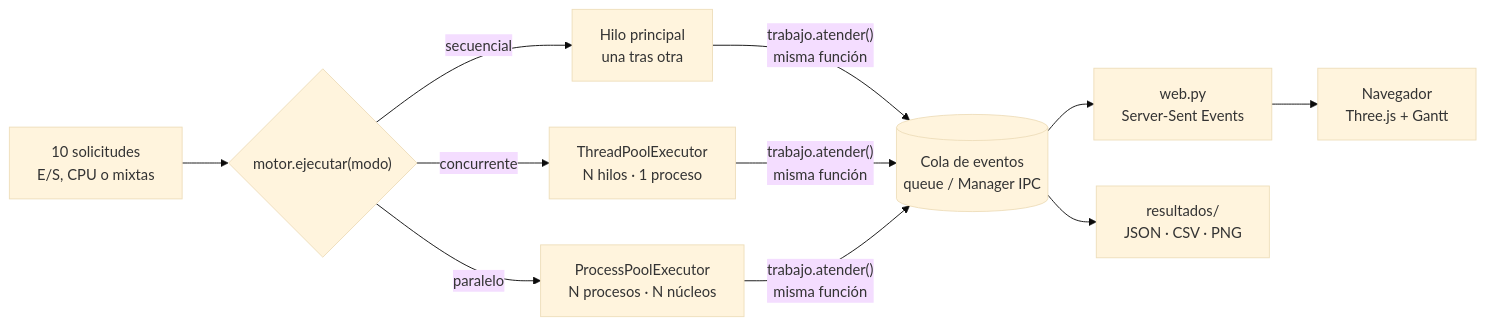
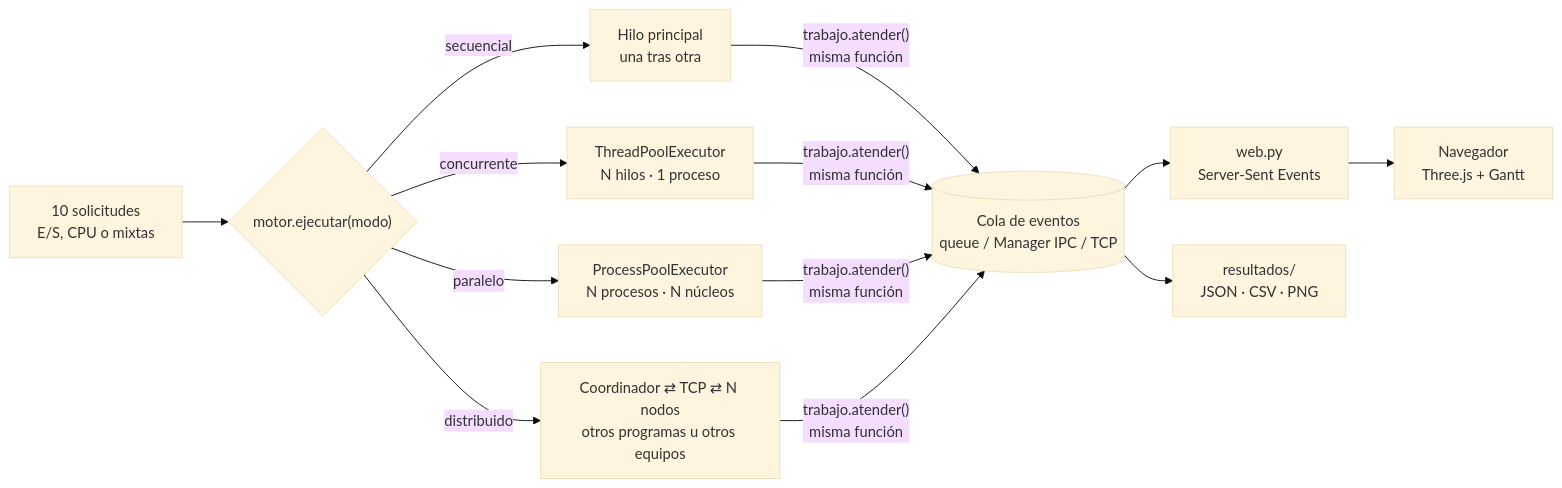
One commit to Juandagarc/Concurrencia-paralelismo changed the first of 2 diagrams in README.md. Above: the diagram before and after it, drawn with Mermaid (base theme). The commit also changed other lines of this file and 19 other files, not shown here.

First line of the commit message:
Modo distribuido: coordinador, nodos por TCP y nodos del navegador

````diff
--- a/README.md
+++ b/README.md
@@ -36,11 +36,12 @@
 ```mermaid
 flowchart LR
     U["10 solicitudes<br/>E/S, CPU o mixtas"] --> M{"motor.ejecutar(modo)"}
     M -->|secuencial| S["Hilo principal<br/>una tras otra"]
     M -->|concurrente| H["ThreadPoolExecutor<br/>N hilos · 1 proceso"]
     M -->|paralelo| P["ProcessPoolExecutor<br/>N procesos · N núcleos"]
-    S & H & P -->|"trabajo.atender()<br/>misma función"| C[("Cola de eventos<br/>queue / Manager IPC")]
+    M -->|distribuido| D["Coordinador ⇄ TCP ⇄ N nodos<br/>otros programas u otros equipos"]
+    S & H & P & D -->|"trabajo.atender()<br/>misma función"| C[("Cola de eventos<br/>queue / Manager IPC / TCP")]
     C --> W["web.py<br/>Server-Sent Events"]
     W --> V["Navegador<br/>Three.js + Gantt"]
     C --> R["resultados/<br/>JSON · CSV · PNG"]
 ```
````
